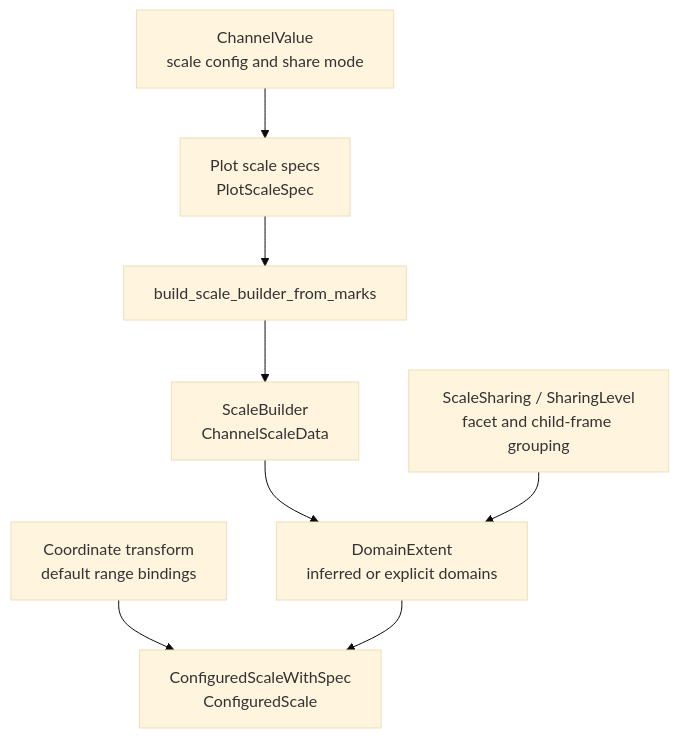
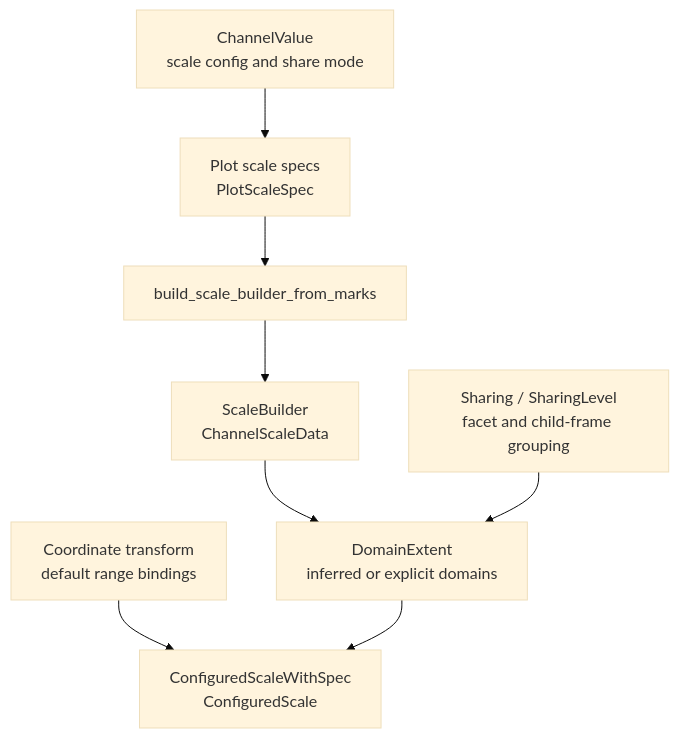
The diagram in avenger-chart/docs/architecture/scales-domains-and-sharing.md (jonmmease/avenger), drawn with Mermaid (base theme) before and after one commit. The commit also changed other lines of this file and 50 other files, not shown here.

Commit message:
refactor(chart): rename scale sharing mode

````diff
--- a/avenger-chart/docs/architecture/scales-domains-and-sharing.md
+++ b/avenger-chart/docs/architecture/scales-domains-and-sharing.md
@@ -9,19 +9,19 @@
 ```mermaid
 flowchart TD
     Channel["ChannelValue\nscale config and share mode"]
     PlotSpecs["Plot scale specs\nPlotScaleSpec"]
     Builder["build_scale_builder_from_marks"]
     Cache["ScaleBuilder\nChannelScaleData"]
     Domains["DomainExtent\ninferred or explicit domains"]
     Coord["Coordinate transform\ndefault range bindings"]
     Runtime["ConfiguredScaleWithSpec\nConfiguredScale"]
-    Sharing["ScaleSharing / SharingLevel\nfacet and child-frame grouping"]
+    Sharing["Sharing / SharingLevel\nfacet and child-frame grouping"]
 
     Channel --> PlotSpecs
     PlotSpecs --> Builder
     Builder --> Cache
     Cache --> Domains
     Coord --> Runtime
     Domains --> Runtime
     Sharing --> Domains
 ```
````
